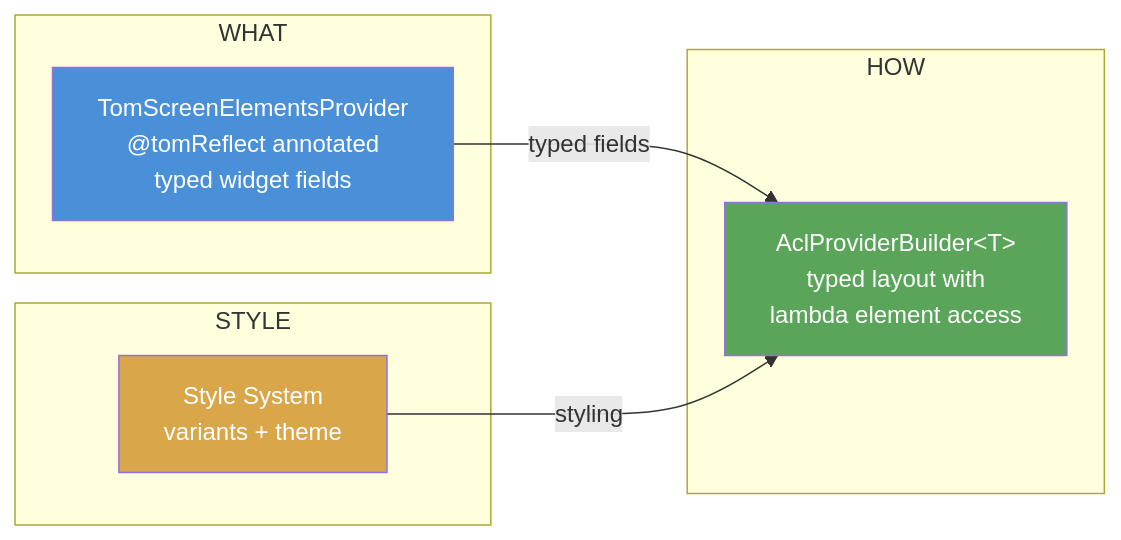
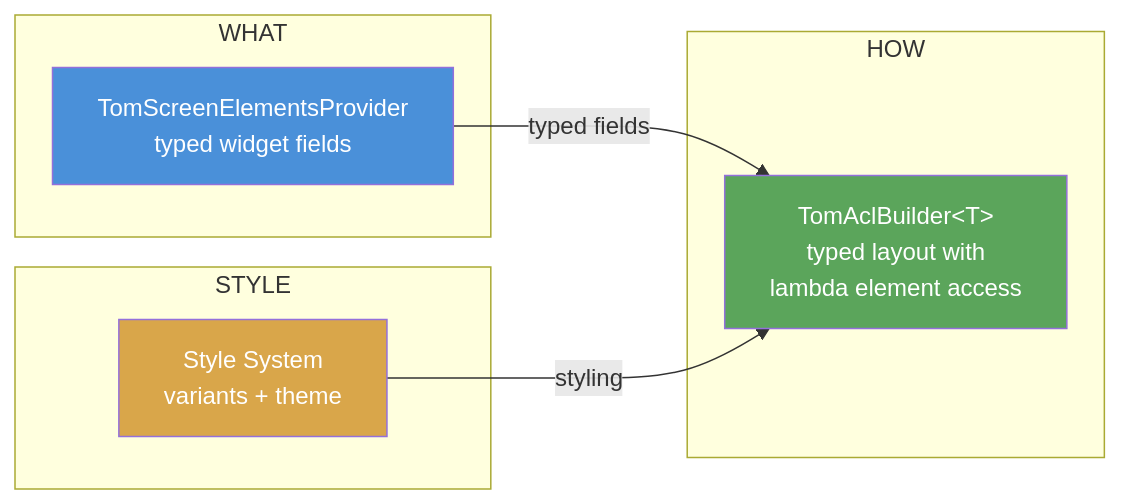
Before and after one commit to al-the-bear/tom_core: the eighth of 9 diagrams in tom_flutter_ui/doc/tom_ui_design_architecture.md, drawn with Mermaid. The commit also changed other lines of this file and 2 other files, not shown here.

````diff
--- a/tom_flutter_ui/doc/tom_ui_design_architecture.md
+++ b/tom_flutter_ui/doc/tom_ui_design_architecture.md
@@ -1766,21 +1766,21 @@
 ```mermaid
 graph LR
     subgraph "WHAT"
-        SEP["TomScreenElementsProvider<br/>@tomReflect annotated<br/>typed widget fields"]
+        SEP["TomScreenElementsProvider<br/>typed widget fields"]
     end
 
     subgraph "HOW"
-        ACL["AclProviderBuilder&lt;T&gt;<br/>typed layout with<br/>lambda element access"]
+        ACL["TomAclBuilder&lt;T&gt;<br/>typed layout with<br/>lambda element access"]
     end
 
     subgraph "STYLE"
         THM["Style System<br/>variants + theme"]
     end
 
     SEP -->|"typed fields"| ACL
     THM -->|"styling"| ACL
 
     style SEP fill:#4a90d9,color:#fff
     style ACL fill:#5ba55b,color:#fff
     style THM fill:#d9a64a,color:#fff
 ```
````
